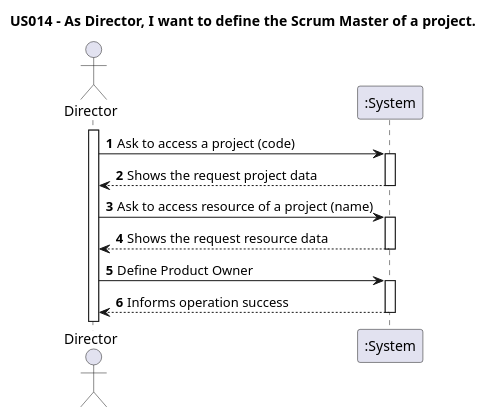
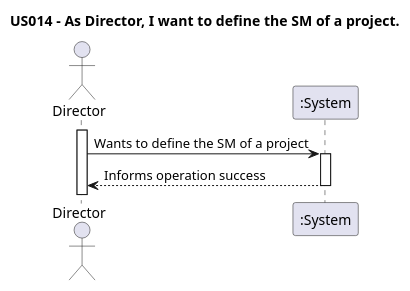
The diagram in docs/Sprint2/US014/US014-SSD.puml (nunogon1211787/projectManagement), drawn with PlantUML before and after one commit. The commit also changed 28 other files, not shown here.

```diff
--- a/docs/Sprint2/US014/US014-SSD.puml
+++ b/docs/Sprint2/US014/US014-SSD.puml
@@ -1,19 +1,15 @@
 @startuml
 
-title "US014 - As Director, I want to define the Scrum Master of a project."
+title "US014 - As Director, I want to define the SM of a project."
 autoactivate on
-autonumber
+'autonumber
 
 actor "Director" as Director
 participant ":System" as System
 
 activate Director
 
-Director -> System: Ask to access a project (code)
-System --> Director: Shows the request project data
-Director -> System: Ask to access resource of a project (name)
-System --> Director: Shows the request resource data
-Director -> System: Define Product Owner
+Director -> System: Wants to define the SM of a project
 System --> Director: Informs operation success
 
 @enduml
```
